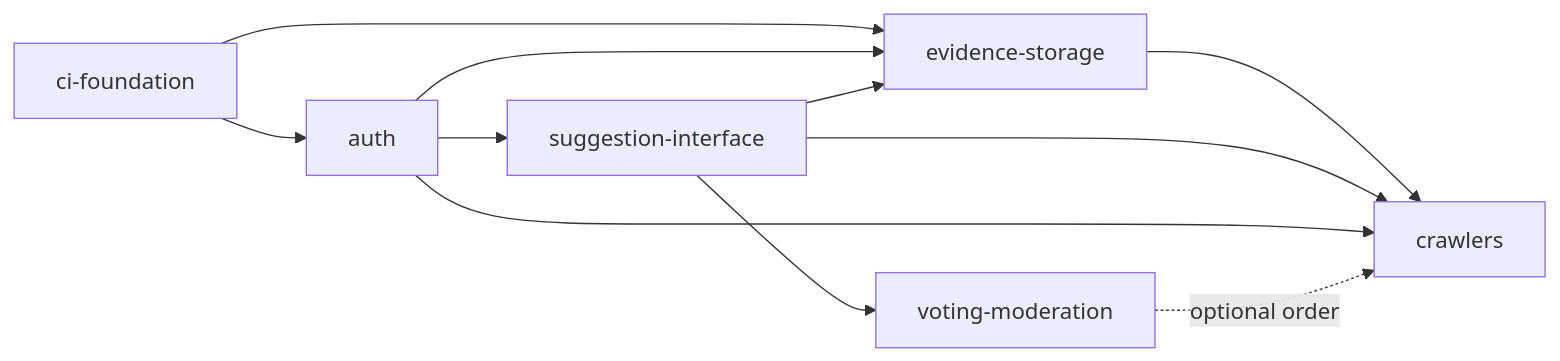
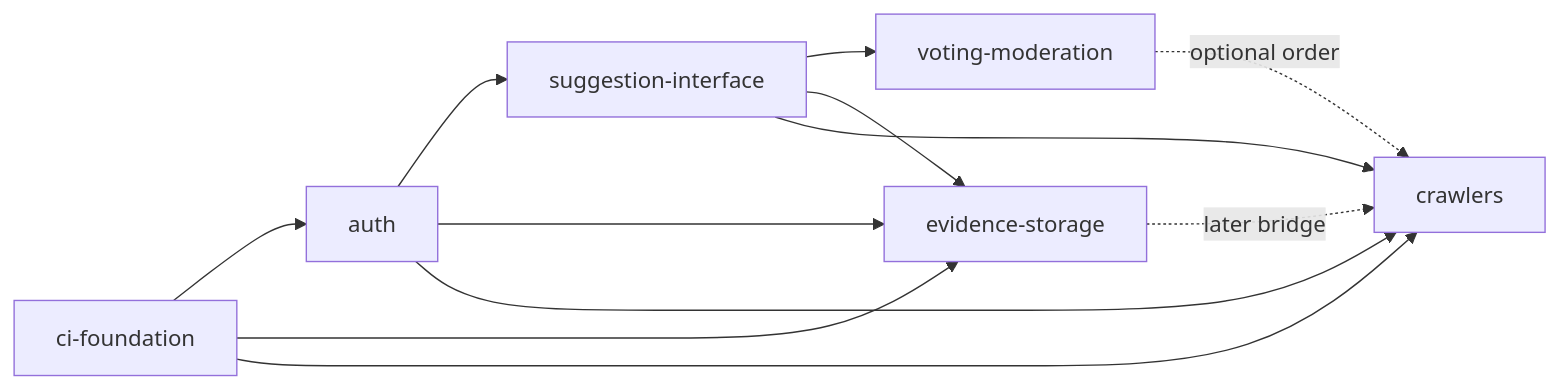
Before and after one commit to vadim-schultz/redtape: the diagram in .plans/README.md, drawn with Mermaid. The commit also changed other lines of this file and 46 other files, not shown here.

````diff
--- a/.plans/README.md
+++ b/.plans/README.md
@@ -92,13 +92,14 @@
 ```mermaid
 flowchart LR
   CI[ci-foundation] --> AU[auth]
   AU --> SI[suggestion-interface]
   SI --> VM[voting-moderation]
   CI --> ES[evidence-storage]
   AU --> ES
   SI --> ES
-  ES --> CR[crawlers]
+  CI --> CR[crawlers]
   SI --> CR
   AU --> CR
   VM -.optional order.-> CR
+  ES -.later bridge.-> CR
 ```
````
